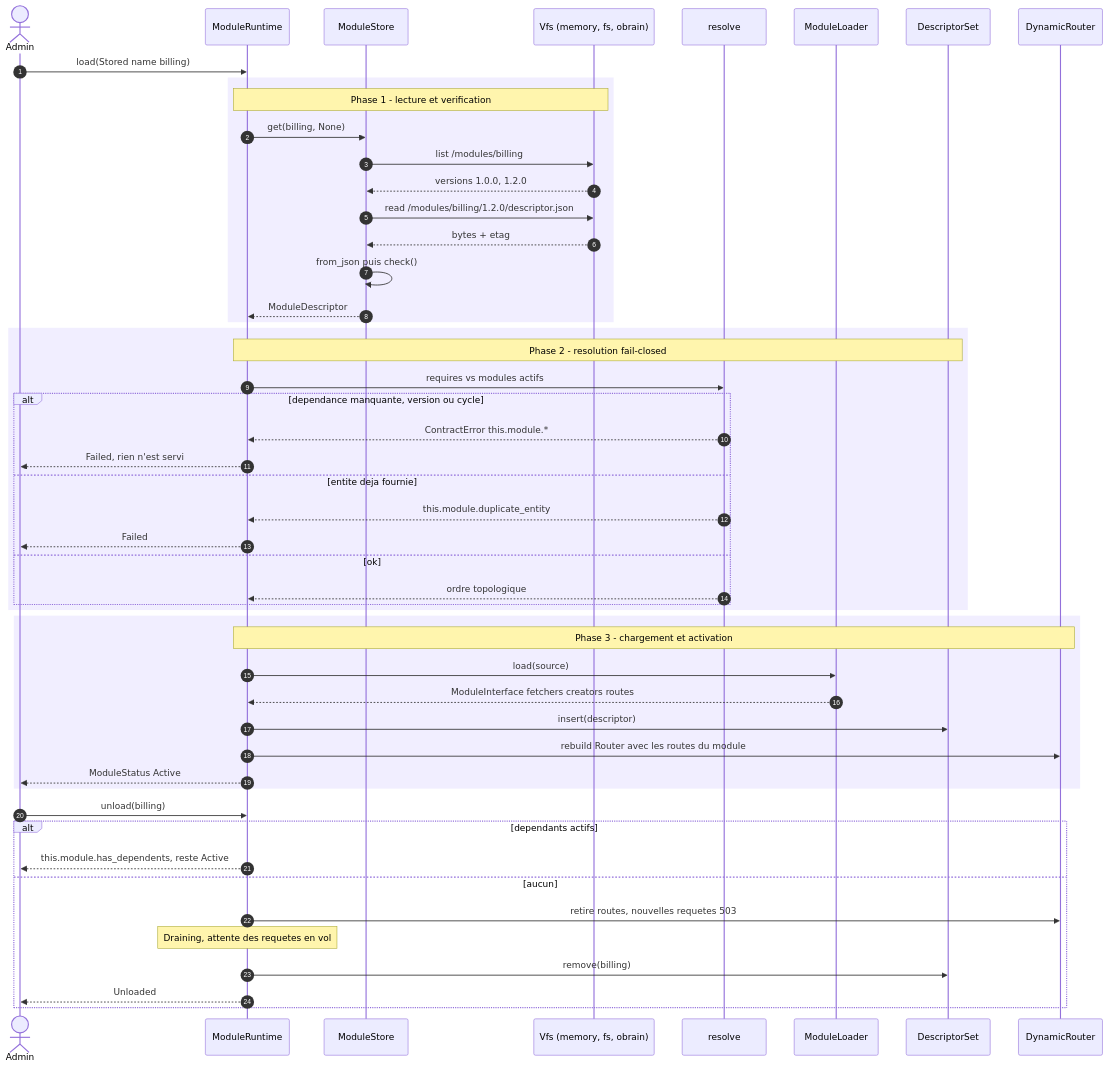
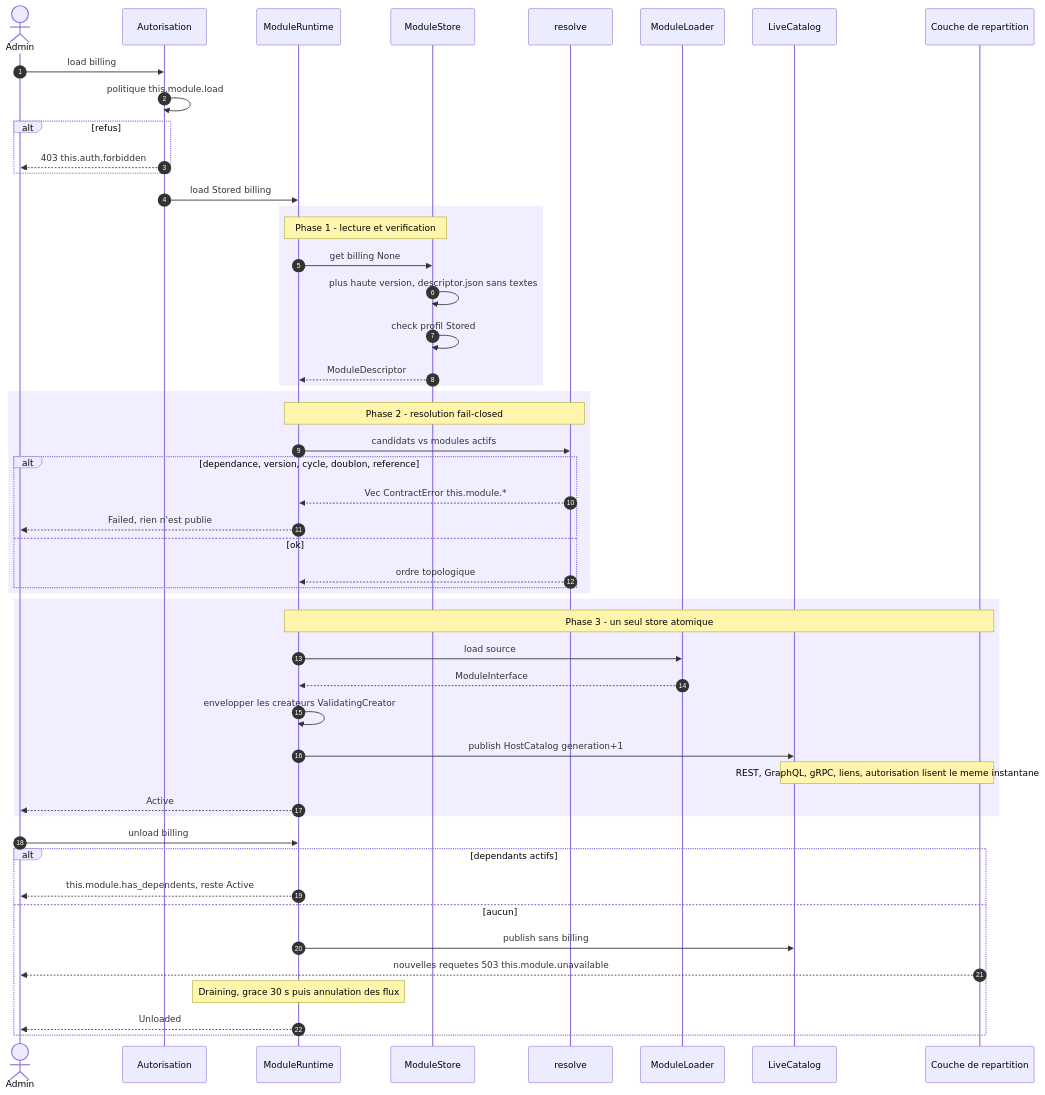
One commit to this-rs/this changed the diagram in docs/atlas/module-descriptor/chargement-runtime.mmd. Above: the diagram before and after it, drawn with Mermaid. The commit also changed 46 other files, not shown here.

```diff
--- a/docs/atlas/module-descriptor/chargement-runtime.mmd
+++ b/docs/atlas/module-descriptor/chargement-runtime.mmd
@@ -1,57 +1,58 @@
 sequenceDiagram
 %% name: module-descriptor-runtime-load
-%% PROUVE : rien encore — sequence PROPOSEE par la RFC §3.7 et §3.8 (ModuleRuntime, ModuleStore, Vfs).
-%% SOURCES LUES : this/src/server/builder.rs (register_module, build_host), this/src/server/host.rs (entity_creators),
-%%   this/src/config/mod.rs (LinksConfig::merge last-wins), this/src/storage/obrain.rs (check_write).
-%% NON ETABLI : DynamicRouter (RwLock de Router en fallback) n'a pas ete mesure sous charge.
+%% PROUVE : rien encore pour la sequence (flux modules-runtime et vfs). Contrats prouves par la fondation :
+%%   resolve (tests resolve_*), check_compat (tag_reuse_move_and_unreserved_removal_detected), LiveCatalog
+%%   (readers_keep_their_snapshot_across_publication), VfsPath (vfs_path_rejects_dotdot_and_friends).
+%% SOURCES LUES : src/server/catalog.rs, src/storage/vfs/mod.rs, crates/this-descriptor/src/{resolve,compat,check}.rs.
+%% NON ETABLI : couche de repartition sous charge ; annulation des flux en fin de grace.
     autonumber
     actor Admin
+    participant AZ as Autorisation
     participant RT as ModuleRuntime
     participant MS as ModuleStore
-    participant VFS as Vfs (memory, fs, obrain)
     participant RES as resolve
     participant LD as ModuleLoader
-    participant DS as DescriptorSet
-    participant DR as DynamicRouter
+    participant CAT as LiveCatalog
+    participant DSP as Couche de repartition
 
-    Admin->>RT: load(Stored name billing)
+    Admin->>AZ: load billing
+    AZ->>AZ: politique this.module.load
+    alt refus
+        AZ-->>Admin: 403 this.auth.forbidden
+    end
+    AZ->>RT: load Stored billing
     rect rgba(164,139,255,.15)
-    Note over RT,VFS: Phase 1 - lecture et verification
-    RT->>MS: get(billing, None)
-    MS->>VFS: list /modules/billing
-    VFS-->>MS: versions 1.0.0, 1.2.0
-    MS->>VFS: read /modules/billing/1.2.0/descriptor.json
-    VFS-->>MS: bytes + etag
-    MS->>MS: from_json puis check()
+    Note over RT,MS: Phase 1 - lecture et verification
+    RT->>MS: get billing None
+    MS->>MS: plus haute version, descriptor.json sans textes
+    MS->>MS: check profil Stored
     MS-->>RT: ModuleDescriptor
     end
     rect rgba(164,139,255,.15)
-    Note over RT,DS: Phase 2 - resolution fail-closed
-    RT->>RES: requires vs modules actifs
-    alt dependance manquante, version ou cycle
-        RES-->>RT: ContractError this.module.*
-        RT-->>Admin: Failed, rien n'est servi
-    else entite deja fournie
-        RES-->>RT: this.module.duplicate_entity
-        RT-->>Admin: Failed
+    Note over RT,RES: Phase 2 - resolution fail-closed
+    RT->>RES: candidats vs modules actifs
+    alt dependance, version, cycle, doublon, reference
+        RES-->>RT: Vec ContractError this.module.*
+        RT-->>Admin: Failed, rien n'est publie
     else ok
         RES-->>RT: ordre topologique
     end
     end
     rect rgba(164,139,255,.15)
-    Note over RT,DR: Phase 3 - chargement et activation
-    RT->>LD: load(source)
-    LD-->>RT: ModuleInterface fetchers creators routes
-    RT->>DS: insert(descriptor)
-    RT->>DR: rebuild Router avec les routes du module
-    RT-->>Admin: ModuleStatus Active
+    Note over RT,DSP: Phase 3 - un seul store atomique
+    RT->>LD: load source
+    LD-->>RT: ModuleInterface
+    RT->>RT: envelopper les createurs ValidatingCreator
+    RT->>CAT: publish HostCatalog generation+1
+    Note over CAT,DSP: REST, GraphQL, gRPC, liens, autorisation lisent le meme instantane
+    RT-->>Admin: Active
     end
-    Admin->>RT: unload(billing)
+    Admin->>RT: unload billing
     alt dependants actifs
         RT-->>Admin: this.module.has_dependents, reste Active
     else aucun
-        RT->>DR: retire routes, nouvelles requetes 503
-        Note over RT: Draining, attente des requetes en vol
-        RT->>DS: remove(billing)
+        RT->>CAT: publish sans billing
+        DSP-->>Admin: nouvelles requetes 503 this.module.unavailable
+        Note over RT: Draining, grace 30 s puis annulation des flux
         RT-->>Admin: Unloaded
     end
```
